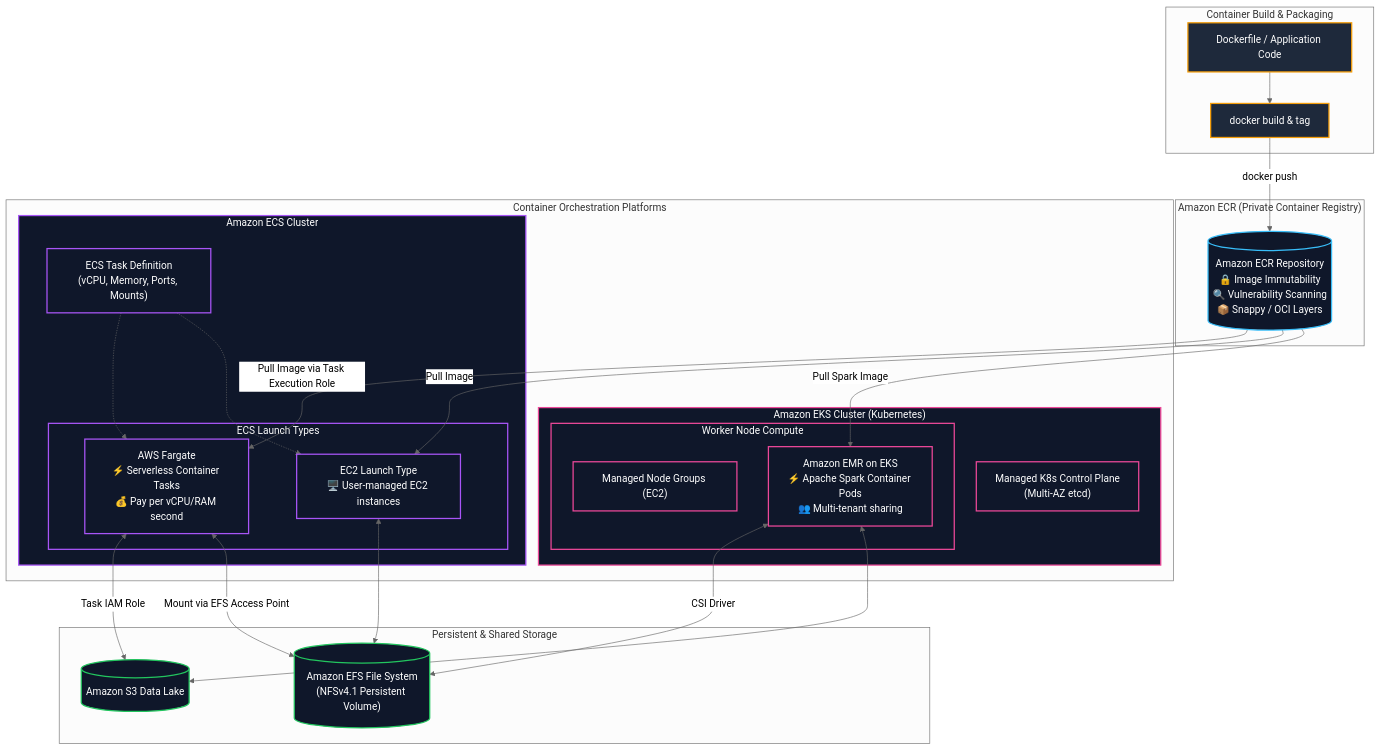
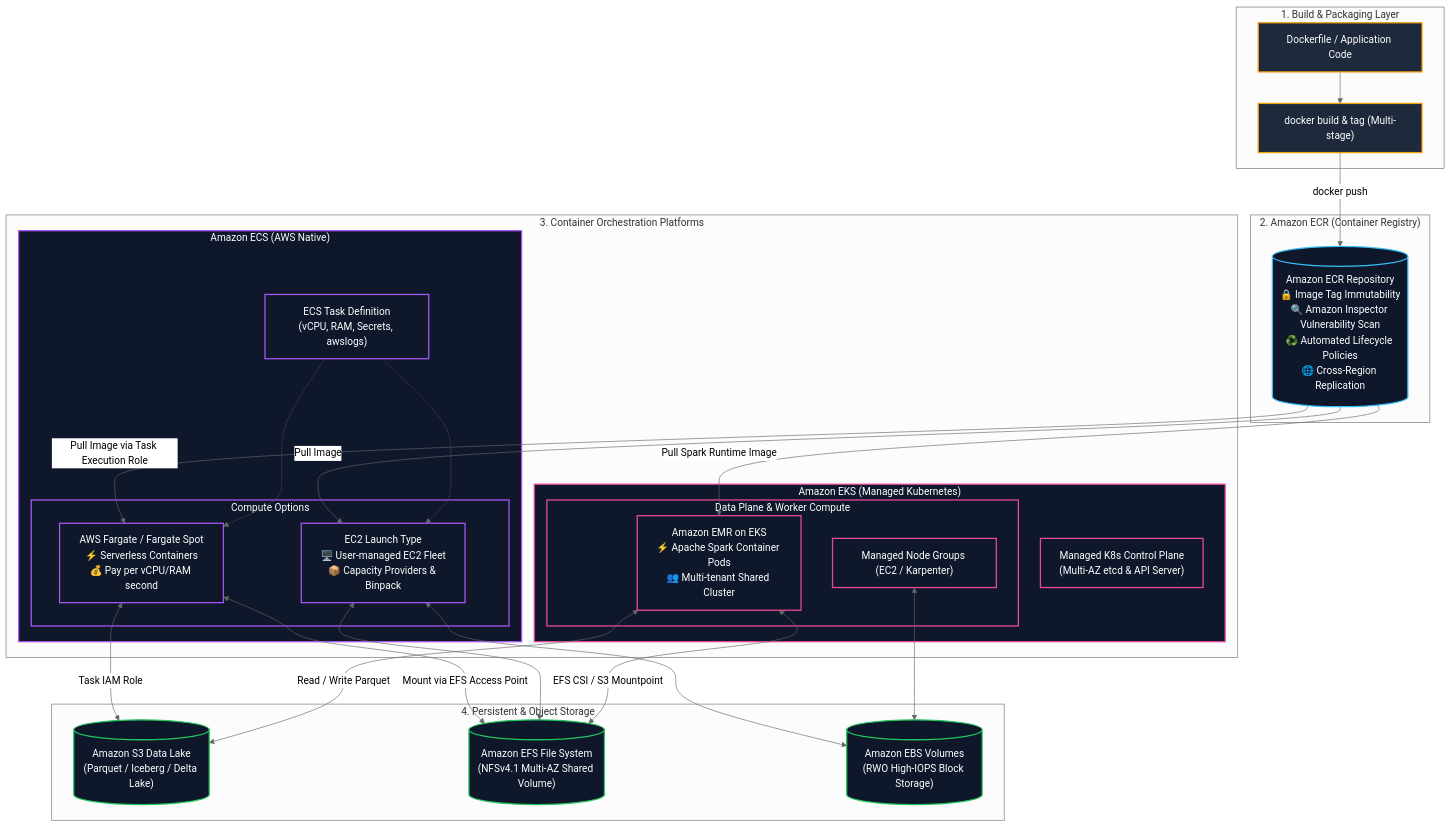
Before and after one commit to Wathon/aws-dea-c01-note: the first of 12 diagrams in content/02-services/compute-containers/ecr-ecs-eks.md, drawn with Mermaid (neutral theme). The commit also changed other lines of this file, not shown here.

Commit message:
feat(containers): enrich ECR, ECS, and EKS deep dive with comprehensive architecture, IAM role separation, storage CSI drivers, and EMR on EKS

````diff
--- a/content/02-services/compute-containers/ecr-ecs-eks.md
+++ b/content/02-services/compute-containers/ecr-ecs-eks.md
@@ -42,65 +37,68 @@
 ```mermaid
 graph TB
-    subgraph DevelopmentFleet["Container Build & Packaging"]
+    subgraph DevLayer["1. Build & Packaging Layer"]
         Dockerfile["Dockerfile / Application Code"]
-        DockerBuild["docker build & tag"]
+        DockerBuild["docker build & tag (Multi-stage)"]
     end
 
-    subgraph RegistryLayer["Amazon ECR (Private Container Registry)"]
-        ECRRepo[("Amazon ECR Repository<br/>🔒 Image Immutability<br/>🔍 Vulnerability Scanning<br/>📦 Snappy / OCI Layers")]
+    subgraph RegistryLayer["2. Amazon ECR (Container Registry)"]
+        ECRRepo[("Amazon ECR Repository<br/>🔒 Image Tag Immutability<br/>🔍 Amazon Inspector Vulnerability Scan<br/>♻️ Automated Lifecycle Policies<br/>🌐 Cross-Region Replication")]
     end
 
-    subgraph OrchestrationLayer["Container Orchestration Platforms"]
-        subgraph ECSCluster["Amazon ECS Cluster"]
-            TaskDef["ECS Task Definition<br/>(vCPU, Memory, Ports, Mounts)"]
+    subgraph OrchestrationLayer["3. Container Orchestration Platforms"]
+        subgraph ECSCluster["Amazon ECS (AWS Native)"]
+            TaskDef["ECS Task Definition<br/>(vCPU, RAM, Secrets, awslogs)"]
             
-            subgraph ECSCompute["ECS Launch Types"]
-                ECSFargate["AWS Fargate<br/>⚡ Serverless Container Tasks<br/>💰 Pay per vCPU/RAM second"]
-                ECSEC2["EC2 Launch Type<br/>🖥️ User-managed EC2 instances"]
+            subgraph ECSCompute["Compute Options"]
+                ECSFargate["AWS Fargate / Fargate Spot<br/>⚡ Serverless Containers<br/>💰 Pay per vCPU/RAM second"]
+                ECSEC2["EC2 Launch Type<br/>🖥️ User-managed EC2 Fleet<br/>📦 Capacity Providers & Binpack"]
             end
         end
 
-        subgraph EKSCluster["Amazon EKS Cluster (Kubernetes)"]
-            K8sControlPlane["Managed K8s Control Plane<br/>(Multi-AZ etcd)"]
+        subgraph EKSCluster["Amazon EKS (Managed Kubernetes)"]
+            K8sControlPlane["Managed K8s Control Plane<br/>(Multi-AZ etcd & API Server)"]
             
-            subgraph EKSNodes["Worker Node Compute"]
-                ManagedNodes["Managed Node Groups (EC2)"]
-                EMRonEKS["Amazon EMR on EKS<br/>⚡ Apache Spark Container Pods<br/>👥 Multi-tenant sharing"]
+            subgraph EKSNodes["Data Plane & Worker Compute"]
+                ManagedNodes["Managed Node Groups (EC2 / Karpenter)"]
+                EMRonEKS["Amazon EMR on EKS<br/>⚡ Apache Spark Container Pods<br/>👥 Multi-tenant Shared Cluster"]
             end
         end
     end
 
-    subgraph StorageLayer["Persistent & Shared Storage"]
-        S3Bucket[("Amazon S3 Data Lake")]
-        EFSFS[("Amazon EFS File System<br/>(NFSv4.1 Persistent Volume)")]
+    subgraph StorageLayer["4. Persistent & Object Storage"]
+        S3Bucket[("Amazon S3 Data Lake<br/>(Parquet / Iceberg / Delta Lake)")]
+        EFSFS[("Amazon EFS File System<br/>(NFSv4.1 Multi-AZ Shared Volume)")]
+        EBSCSI[("Amazon EBS Volumes<br/>(RWO High-IOPS Block Storage)")]
     end
 
     Dockerfile --> DockerBuild
     DockerBuild -->|"docker push"| ECRRepo
 
     ECRRepo -->|"Pull Image via Task Execution Role"| ECSFargate
     ECRRepo -->|"Pull Image"| ECSEC2
-    ECRRepo -->|"Pull Spark Image"| EMRonEKS
+    ECRRepo -->|"Pull Spark Runtime Image"| EMRonEKS
 
     TaskDef -.-> ECSFargate
     TaskDef -.-> ECSEC2
 
     ECSFargate <-->|"Task IAM Role"| S3Bucket
     ECSFargate <-->|"Mount via EFS Access Point"| EFSFS
     ECSEC2 <--> EFSFS
+    ECSEC2 <--> EBSCSI
 
-    EMRonEKS <-->|"CSI Driver"| EFSFS
-    EMRonEKS <--> S3Bucket
+    EMRonEKS <-->|"EFS CSI / S3 Mountpoint"| EFSFS
+    EMRonEKS <-->|"Read / Write Parquet"| S3Bucket
+    ManagedNodes <--> EBSCSI
 
     classDef dev fill:#1e293b,stroke:#f59e0b,stroke-width:2px,color:#fff;
     classDef ecr fill:#0f172a,stroke:#38bdf8,stroke-width:2px,color:#fff;
     classDef ecs fill:#0f172a,stroke:#a855f7,stroke-width:2px,color:#fff;
     classDef eks fill:#0f172a,stroke:#ec4899,stroke-width:2px,color:#fff;
     classDef store fill:#0f172a,stroke:#22c55e,stroke-width:2px,color:#fff;
 
     class Dockerfile,DockerBuild dev;
     class ECRRepo ecr;
     class ECSCluster,TaskDef,ECSCompute,ECSFargate,ECSEC2 ecs;
     class EKSCluster,K8sControlPlane,EKSNodes,ManagedNodes,EMRonEKS eks;
-    class S3Bucket,EFSFS store;
+    class S3Bucket,EFSFS,EBSCSI store;
 ```
````
